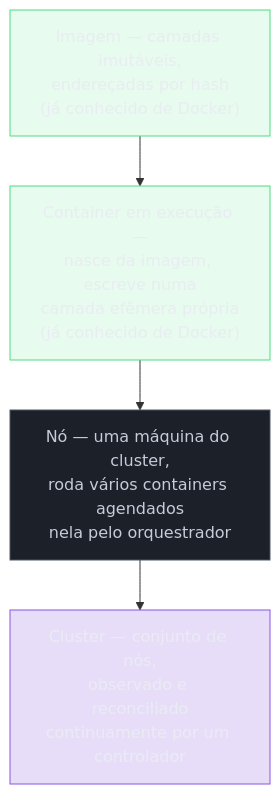
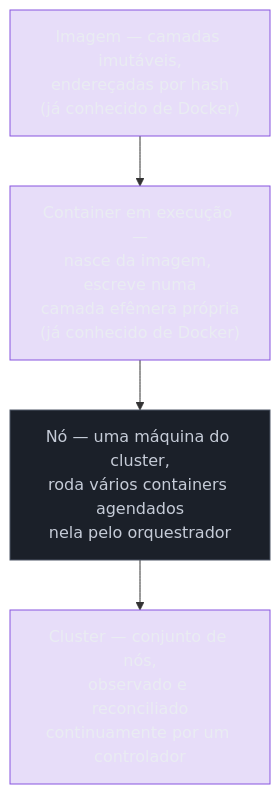
The fourth of 4 diagrams in 03-Dominios/Tecnologia/Infraestrutura/Kubernetes/01 - O problema que orquestração resolve.md (josenaldo/codex-technomanticus), drawn with Mermaid before and after one commit. The commit also changed 601 other files, not shown here.

````diff
--- a/03-Dominios/Tecnologia/Infraestrutura/Kubernetes/01 - O problema que orquestração resolve.md
+++ b/03-Dominios/Tecnologia/Infraestrutura/Kubernetes/01 - O problema que orquestração resolve.md
@@ -290,14 +290,13 @@
 ```mermaid
 flowchart TB
-    classDef ok fill:#4ADE8021,stroke:#4ADE80,color:#E9ECF2
     classDef neutro fill:#1B2029,stroke:#4E5666,color:#C6CCD8
     classDef marca fill:#8855DF33,stroke:#8855DF,color:#E9ECF2
     Img["Imagem — camadas imutáveis,<br/>endereçadas por hash<br/>(já conhecido de Docker)"] --> Cont["Container em execução —<br/>nasce da imagem, escreve numa<br/>camada efêmera própria<br/>(já conhecido de Docker)"]
     Cont --> Node["Nó — uma máquina do cluster,<br/>roda vários containers agendados<br/>nela pelo orquestrador"]
     Node --> Cluster["Cluster — conjunto de nós,<br/>observado e reconciliado<br/>continuamente por um controlador"]
 
-    class Img ok
-    class Cont ok
+    class Img marca
+    class Cont marca
     class Node neutro
     class Cluster marca
 ```
````
